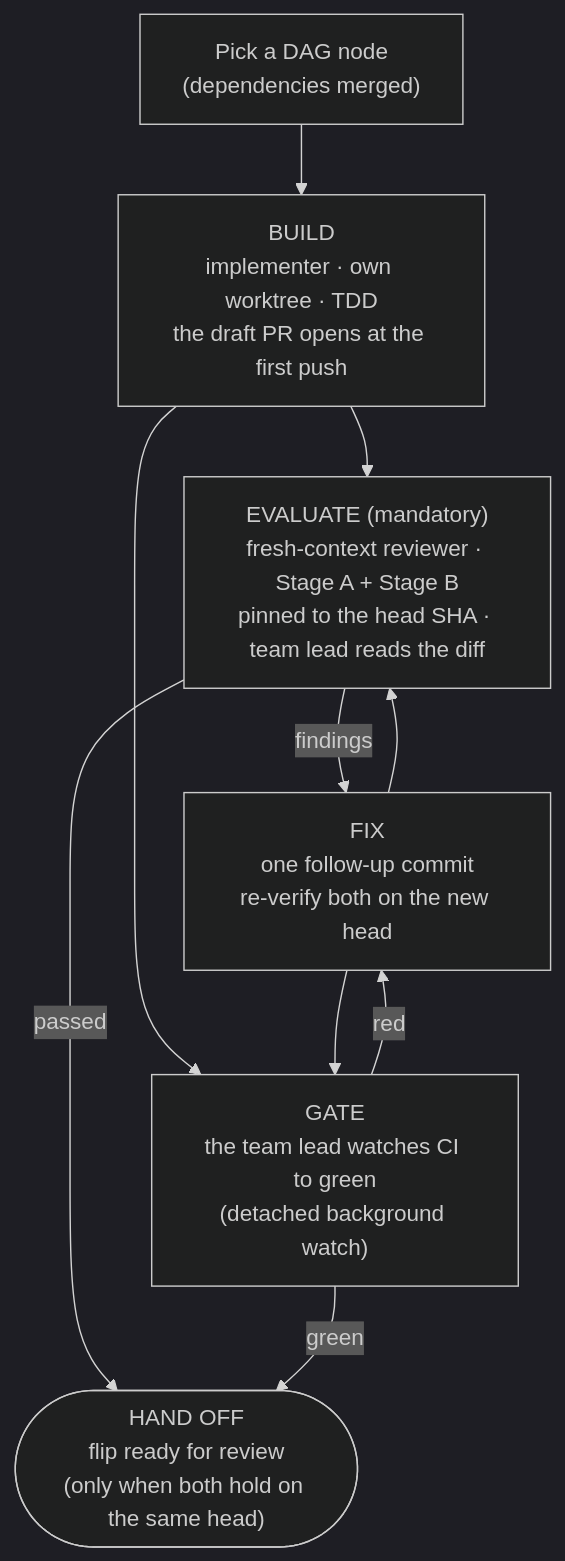
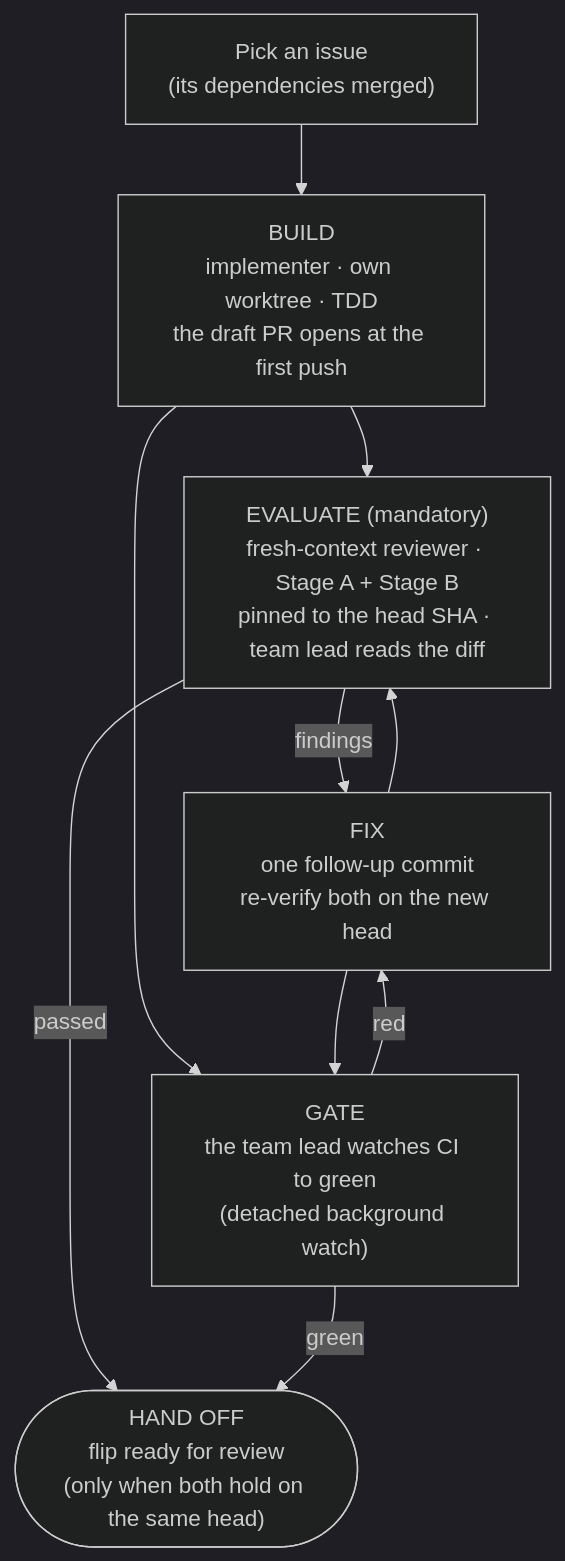
The diagram in .agents/orchestration-strategy.md (AlexaDeWit/Ecluse), drawn with Mermaid (dark theme) before and after one commit. The commit also changed other lines of this file and 7 other files, not shown here.

````diff
--- a/.agents/orchestration-strategy.md
+++ b/.agents/orchestration-strategy.md
@@ -66,12 +76,12 @@
 ```mermaid
 flowchart TD
-    P["Pick a DAG node<br/>(dependencies merged)"] --> B["BUILD<br/>implementer · own worktree · TDD<br/>the draft PR opens at the first push"]
+    P["Pick an issue<br/>(its dependencies merged)"] --> B["BUILD<br/>implementer · own worktree · TDD<br/>the draft PR opens at the first push"]
     B --> E["EVALUATE (mandatory)<br/>fresh-context reviewer · Stage A + Stage B<br/>pinned to the head SHA · team lead reads the diff"]
     B --> G["GATE<br/>the team lead watches CI to green<br/>(detached background watch)"]
     E -->|findings| F["FIX<br/>one follow-up commit<br/>re-verify both on the new head"]
     G -->|red| F
     F --> E
     F --> G
     E -->|passed| H(["HAND OFF<br/>flip ready for review<br/>(only when both hold on the same head)"])
     G -->|green| H
 ```
````
